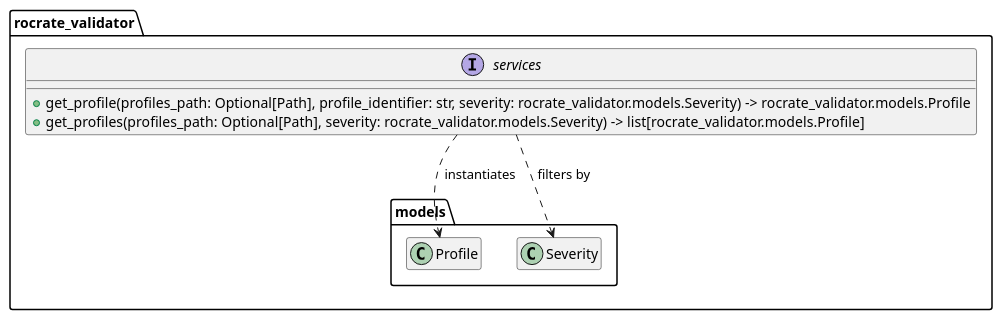
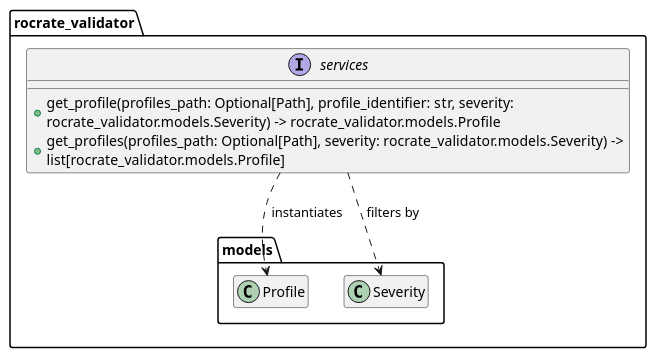
One commit to kikkomep/rocrate-validator changed the diagram in docs/diagrams/core-services.profiles.plantuml. Above: the diagram before and after it, drawn with PlantUML. The commit also changed 2 other files, not shown here.

Commit message:
docs(diagrams): fix svg width

```diff
--- a/docs/diagrams/core-services.profiles.plantuml
+++ b/docs/diagrams/core-services.profiles.plantuml
@@ -1,27 +1,29 @@
 @startuml
+
+skinparam wrapWidth 600
 
 hide members
 hide fields
 
 ' Define the services in the core package
 package "rocrate_validator" {
 
     interface services [[#rocrate_validator.services.get_profiles]] {
         + get_profile(profiles_path: Optional[Path], profile_identifier: str, severity: rocrate_validator.models.Severity) -> rocrate_validator.models.Profile
         + get_profiles(profiles_path: Optional[Path], severity: rocrate_validator.models.Severity) -> list[rocrate_validator.models.Profile]
     }
 
     show services members
 
     services ..> rocrate_validator.models.Profile : " instantiates"
     services ..> rocrate_validator.models.Severity : " filters by"
 }
 
 package "rocrate_validator.models" {
 
     class Profile [[#rocrate_validator.models.Profile]] {}
 
     class Severity [[#rocrate_validator.models.Severity]] {
     }
 
 @enduml
```
